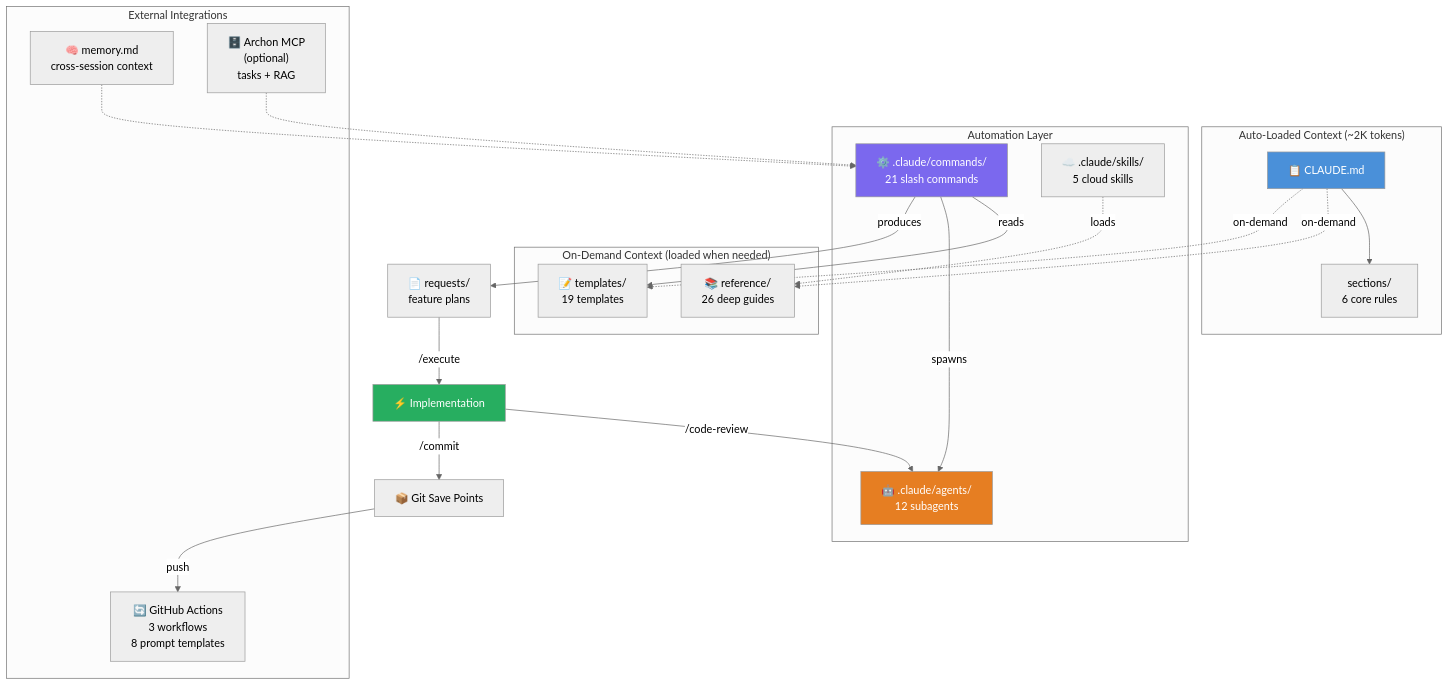
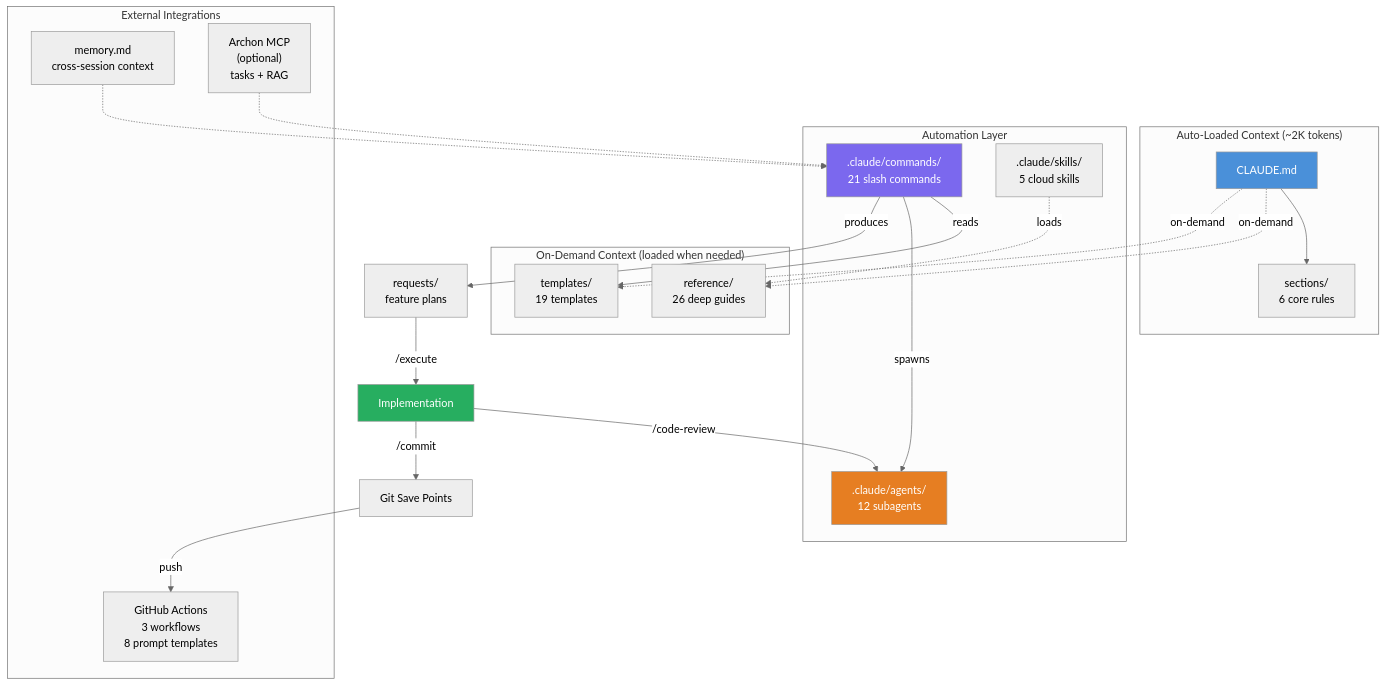
The third of 8 diagrams in README.md (ryanjosebrosas/second-brain-ultimatum), drawn with Mermaid (neutral theme) before and after one commit. The commit also changed other lines of this file, not shown here.

First line of the commit message:
docs(readme): narrative rewrite with progressive disclosure and 8 mermaid diagrams

````diff
--- a/README.md
+++ b/README.md
@@ -84,41 +127,41 @@
 ```mermaid
 graph TD
     subgraph "Auto-Loaded Context (~2K tokens)"
-        CLAUDE["📋 CLAUDE.md"] --> S["sections/<br/>6 core rules"]
+        CLAUDE["CLAUDE.md"] --> S["sections/<br/>6 core rules"]
     end
 
     subgraph "On-Demand Context (loaded when needed)"
-        R["📚 reference/<br/>26 deep guides"]
-        T["📝 templates/<br/>19 templates"]
+        R["reference/<br/>26 deep guides"]
+        T["templates/<br/>19 templates"]
     end
 
     subgraph "Automation Layer"
-        CMD["⚙️ .claude/commands/<br/>21 slash commands"]
-        AG["🤖 .claude/agents/<br/>12 subagents"]
-        SK["☁️ .claude/skills/<br/>5 cloud skills"]
+        CMD[".claude/commands/<br/>21 slash commands"]
+        AG[".claude/agents/<br/>12 subagents"]
+        SK[".claude/skills/<br/>5 cloud skills"]
     end
 
     subgraph "External Integrations"
-        MEM["🧠 memory.md<br/>cross-session context"]
-        ARCHON["🗄️ Archon MCP<br/>(optional)<br/>tasks + RAG"]
-        GH["🔄 GitHub Actions<br/>3 workflows<br/>8 prompt templates"]
+        MEM["memory.md<br/>cross-session context"]
+        ARCHON["Archon MCP<br/>(optional)<br/>tasks + RAG"]
+        GH["GitHub Actions<br/>3 workflows<br/>8 prompt templates"]
     end
 
     CLAUDE -.->|"on-demand"| R
     CLAUDE -.->|"on-demand"| T
     CMD -->|"reads"| T
     CMD -->|"spawns"| AG
     SK -.->|"loads"| R
     MEM -.-> CMD
     ARCHON -.-> CMD
-    CMD -->|"produces"| REQ["📄 requests/<br/>feature plans"]
-    REQ -->|"/execute"| IMPL["⚡ Implementation"]
+    CMD -->|"produces"| REQ["requests/<br/>feature plans"]
+    REQ -->|"/execute"| IMPL["Implementation"]
     IMPL -->|"/code-review"| AG
-    IMPL -->|"/commit"| GIT["📦 Git Save Points"]
+    IMPL -->|"/commit"| GIT["Git Save Points"]
     GIT -->|"push"| GH
 
     style CLAUDE fill:#4a90d9,color:#fff
     style CMD fill:#7b68ee,color:#fff
     style AG fill:#e67e22,color:#fff
     style IMPL fill:#27ae60,color:#fff
 ```
````
